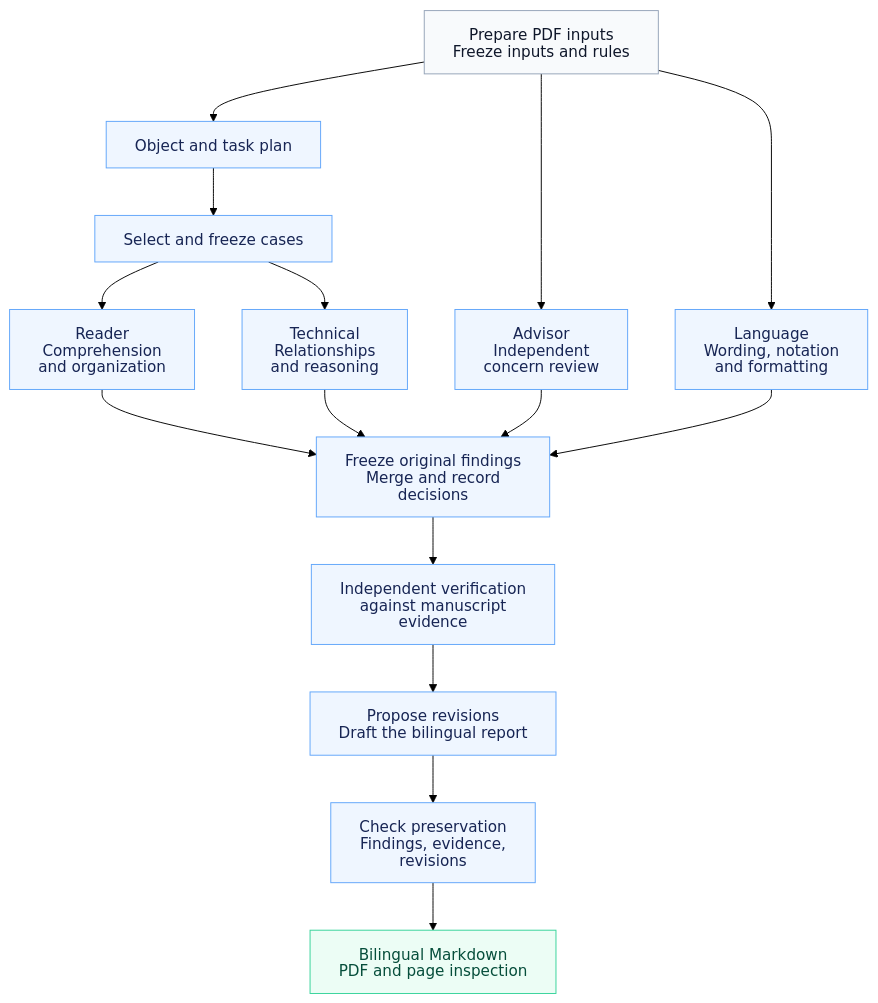
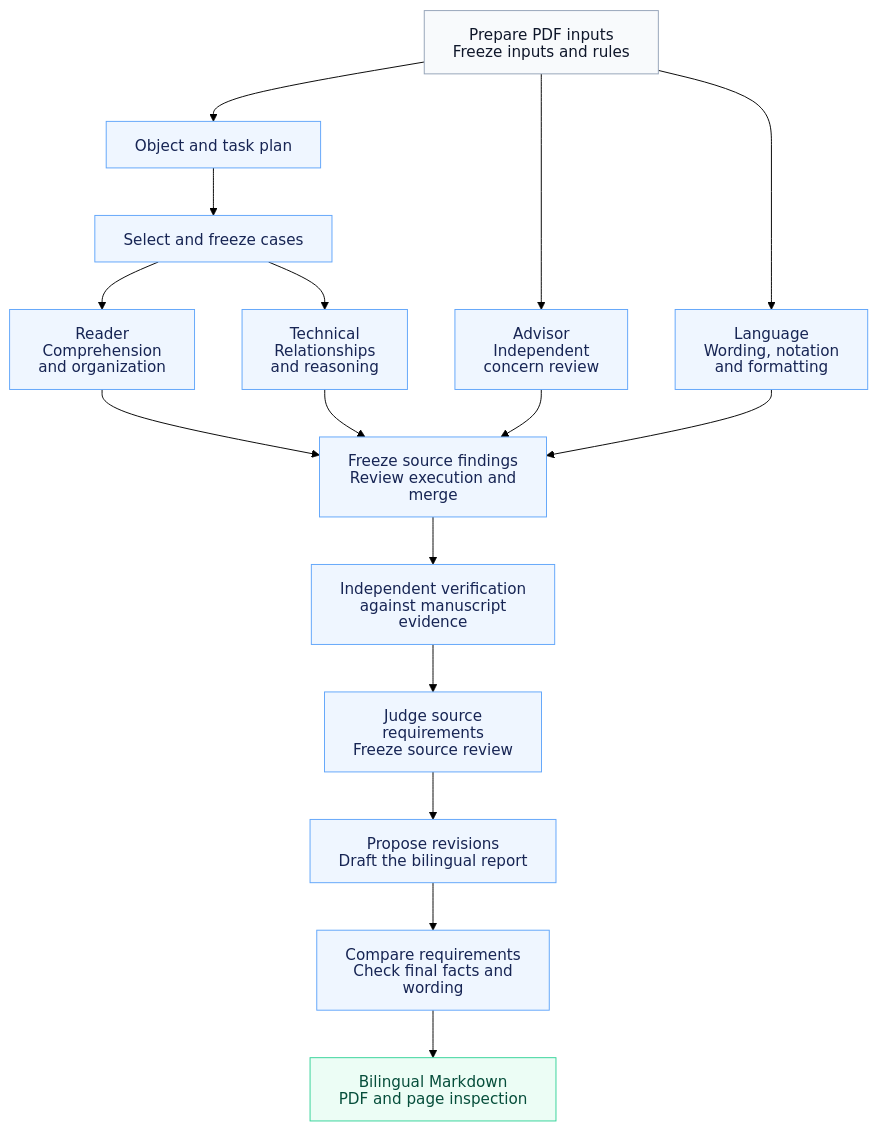
One commit to stevenyyzhang/MentorTrace changed the diagram in README.md. Above: the diagram before and after it, drawn with Mermaid (forest theme). The commit also changed other lines of this file and 31 other files, not shown here.

Commit message:
Develop MentorTrace v1.1.0 review, delivery and execution controls

````diff
--- a/README.md
+++ b/README.md
@@ -48,39 +50,40 @@
 ```mermaid
 ---
 config:
   htmlLabels: false
   flowchart:
     htmlLabels: false
 ---
 flowchart TB
     F["Prepare PDF inputs<br/>Freeze inputs and rules"]
     O["Object and task plan"]
     C["Select and freeze cases"]
     R["Reader<br/>Comprehension<br/>and organization"]
     T["Technical<br/>Relationships<br/>and reasoning"]
     A["Advisor<br/>Independent<br/>concern review"]
     L["Language<br/>Wording, notation<br/>and formatting"]
-    M["Freeze original findings<br/>Merge and record decisions"]
+    M["Freeze source findings<br/>Review execution and merge"]
     V["Independent verification<br/>against manuscript evidence"]
+    Q["Judge source requirements<br/>Freeze source review"]
     D["Propose revisions<br/>Draft the bilingual report"]
-    B["Check preservation<br/>Findings, evidence, revisions"]
+    B["Compare requirements<br/>Check final facts and wording"]
     OUT["Bilingual Markdown<br/>PDF and page inspection"]
 
     F --> O --> C
     C --> R
     C --> T
     F ----> A
     F ----> L
     R --> M
     T --> M
     A --> M
     L --> M
-    M --> V --> D --> B --> OUT
+    M --> V --> Q --> D --> B --> OUT
 
     classDef input fill:#f8fafc,stroke:#94a3b8,color:#0f172a;
     classDef review fill:#eff6ff,stroke:#60a5fa,color:#172554;
     classDef output fill:#ecfdf5,stroke:#34d399,color:#064e3b;
     class F input;
-    class O,C,R,T,A,L,M,V,D,B review;
+    class O,C,R,T,A,L,M,V,Q,D,B review;
     class OUT output;
 ```
````
